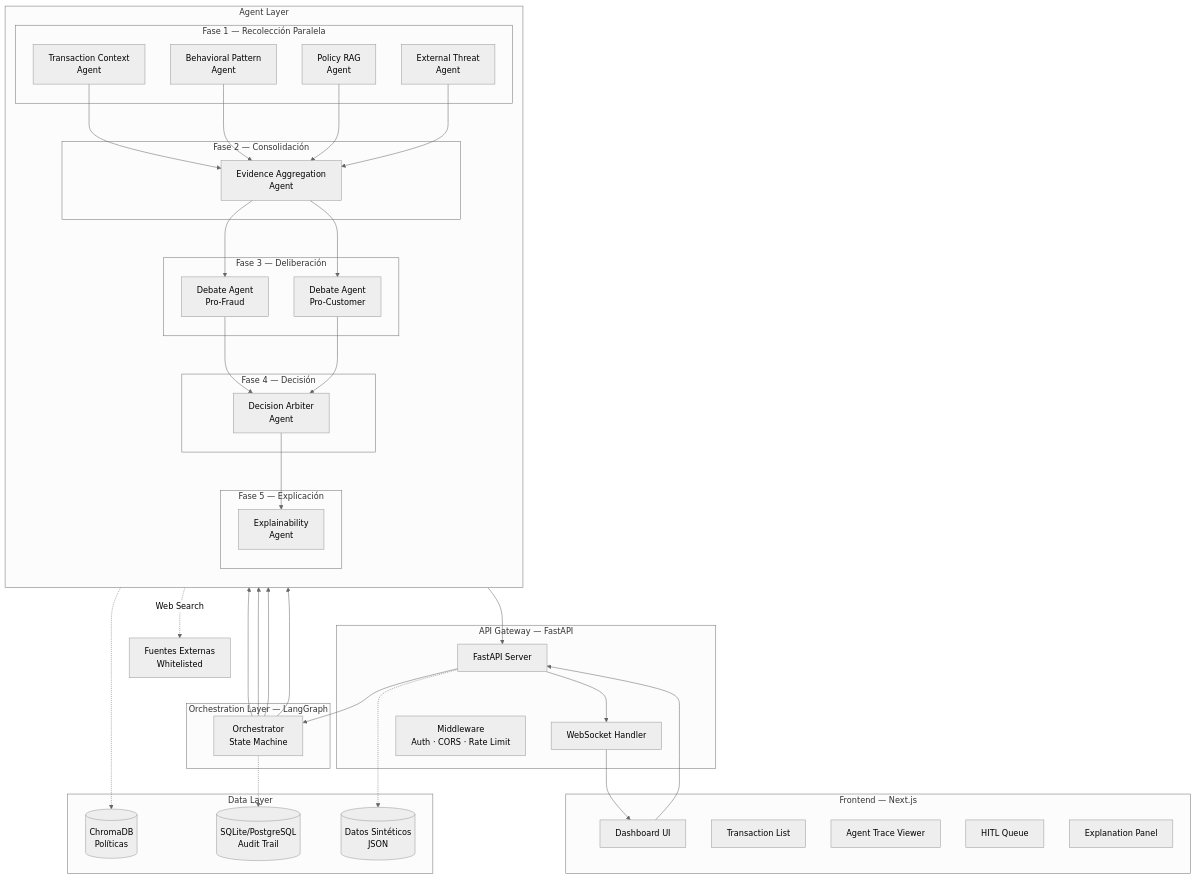
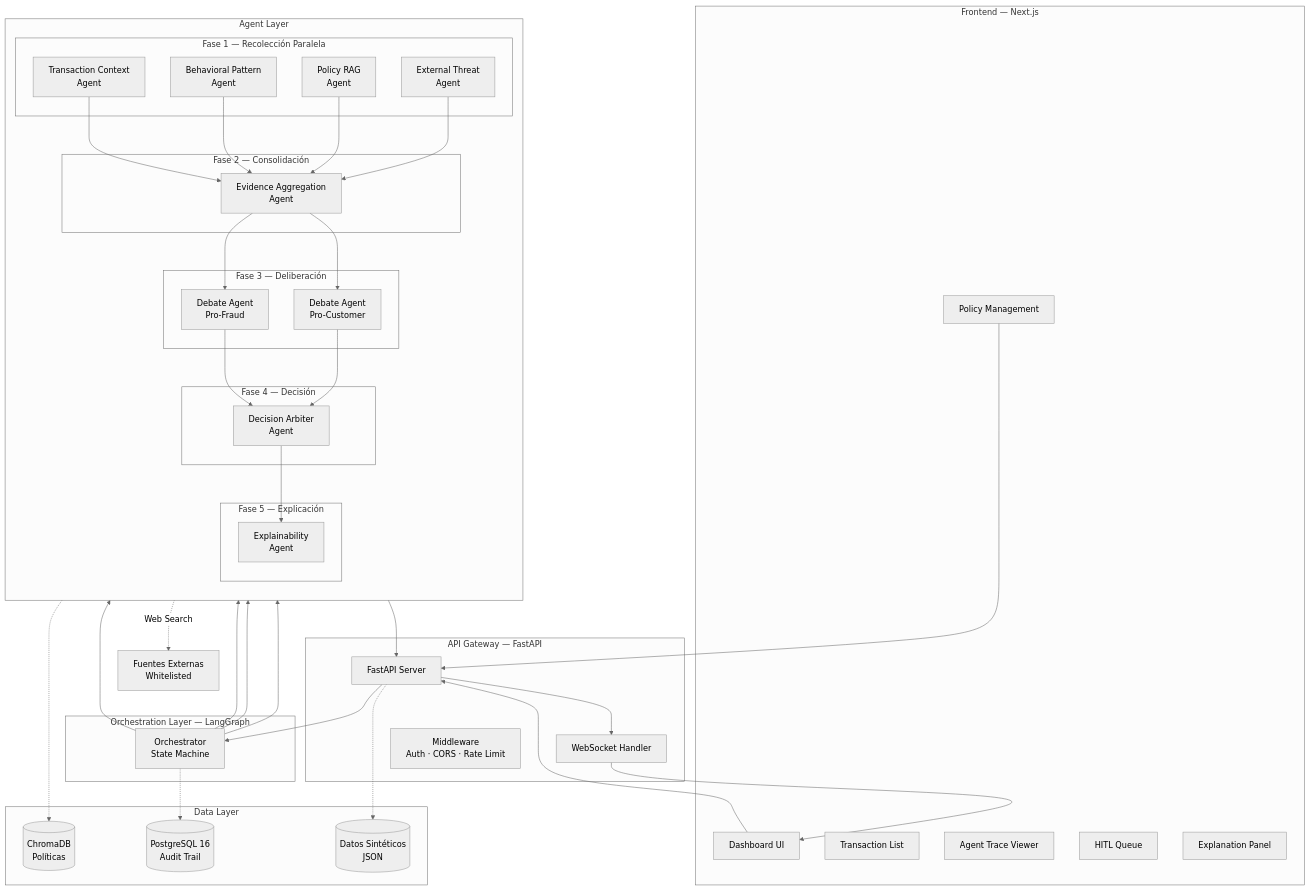
One commit to miguelsff/fraud-detection-multi-agent-system changed the diagram in README.md. Above: the diagram before and after it, drawn with Mermaid (neutral theme). The commit also changed other lines of this file and 2 other files, not shown here.

First line of the commit message:
docs: update README, CLAUDE.md, and architecture doc to reflect current state

````diff
--- a/README.md
+++ b/README.md
@@ -33,64 +33,65 @@
 ```mermaid
 graph TB
     subgraph "Frontend — Next.js"
         UI[Dashboard UI]
         TL[Transaction List]
         AT[Agent Trace Viewer]
         HQ[HITL Queue]
         EP[Explanation Panel]
+        PL[Policy Management]
     end
 
     subgraph "API Gateway — FastAPI"
         API[FastAPI Server]
         WS[WebSocket Handler]
         MW[Middleware<br/>Auth · CORS · Rate Limit]
     end
 
     subgraph "Orchestration Layer — LangGraph"
         ORC[Orchestrator<br/>State Machine]
     end
 
     subgraph "Agent Layer"
         direction TB
         subgraph "Fase 1 — Recolección Paralela"
             TCA[Transaction Context<br/>Agent]
             BPA[Behavioral Pattern<br/>Agent]
             PRA[Policy RAG<br/>Agent]
             ETA[External Threat<br/>Agent]
         end
         subgraph "Fase 2 — Consolidación"
             EAA[Evidence Aggregation<br/>Agent]
         end
         subgraph "Fase 3 — Deliberación"
             DPF[Debate Agent<br/>Pro-Fraud]
             DPC[Debate Agent<br/>Pro-Customer]
         end
         subgraph "Fase 4 — Decisión"
             DAR[Decision Arbiter<br/>Agent]
         end
         subgraph "Fase 5 — Explicación"
             EXP[Explainability<br/>Agent]
         end
     end
 
     subgraph "Data Layer"
         CDB[(ChromaDB<br/>Políticas)]
-        SQL[(SQLite/PostgreSQL<br/>Audit Trail)]
+        SQL[(PostgreSQL 16<br/>Audit Trail)]
         SYN[(Datos Sintéticos<br/>JSON)]
     end
 
-    UI --> API
+    UI & PL --> API
     API --> ORC
     ORC --> TCA & BPA & PRA & ETA
     TCA & BPA & PRA & ETA --> EAA
     EAA --> DPF & DPC
     DPF & DPC --> DAR
     DAR --> EXP
     EXP --> API
     API --> WS --> UI
 
     PRA -.-> CDB
     ETA -.->|Web Search| EXT[Fuentes Externas<br/>Whitelisted]
     ORC -.-> SQL
     API -.-> SYN
 ```
````
